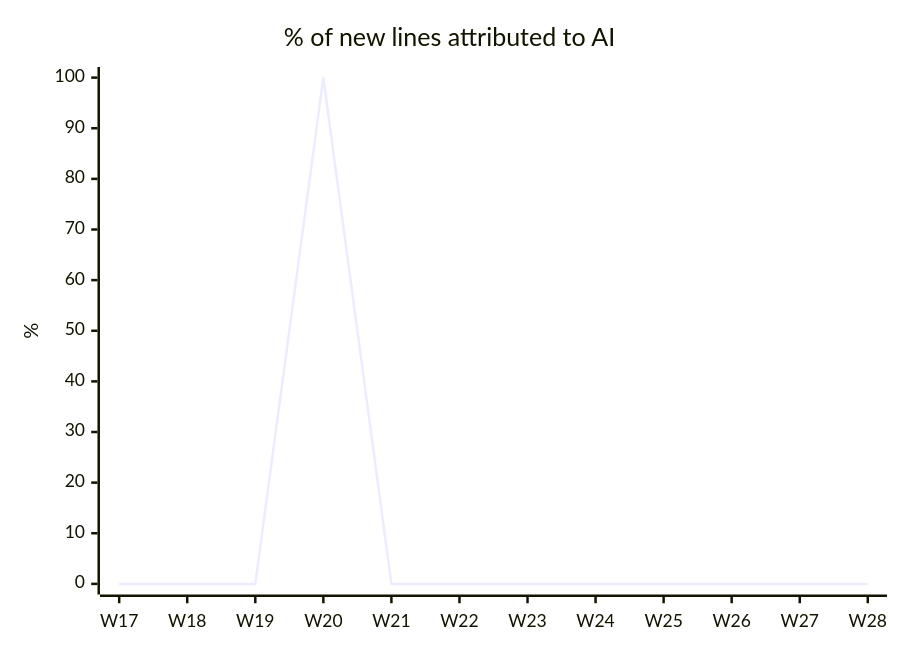
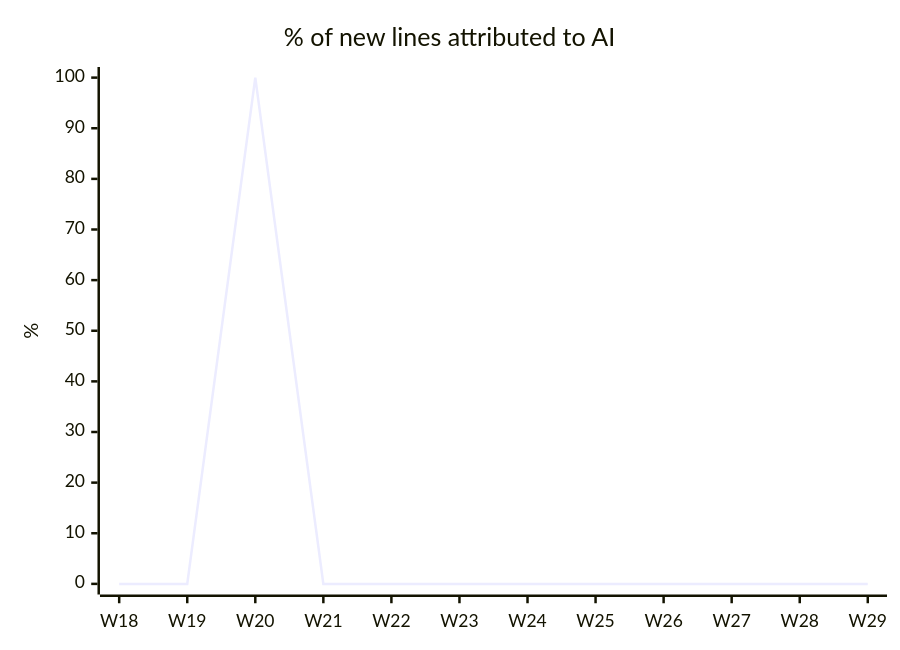
One commit to fromwaydowntown/ai-use changed the first of 4 diagrams in docs/AI_USAGE.md. Above: the diagram before and after it, drawn with Mermaid. The commit also changed other lines of this file, not shown here.

````diff
--- a/docs/AI_USAGE.md
+++ b/docs/AI_USAGE.md
@@ -17,7 +17,7 @@
 ```mermaid
 xychart-beta
     title "% of new lines attributed to AI"
-    x-axis ["W17", "W18", "W19", "W20", "W21", "W22", "W23", "W24", "W25", "W26", "W27", "W28"]
+    x-axis ["W18", "W19", "W20", "W21", "W22", "W23", "W24", "W25", "W26", "W27", "W28", "W29"]
     y-axis "%" 0 --> 100
-    line [0, 0, 0, 100, 0, 0, 0, 0, 0, 0, 0, 0]
+    line [0, 0, 100, 0, 0, 0, 0, 0, 0, 0, 0, 0]
 ```
````
